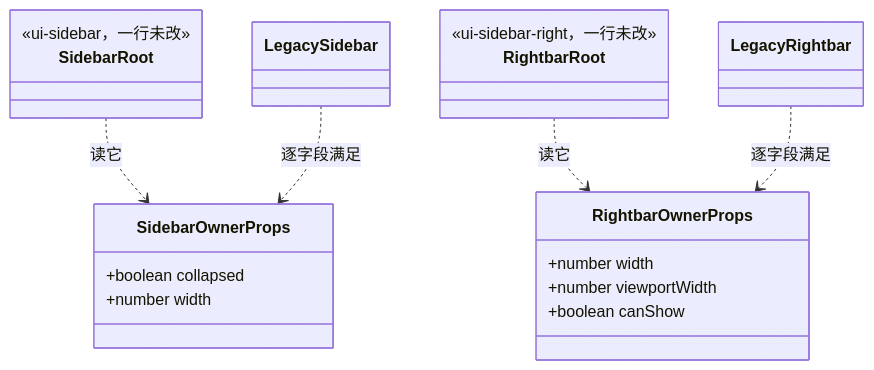
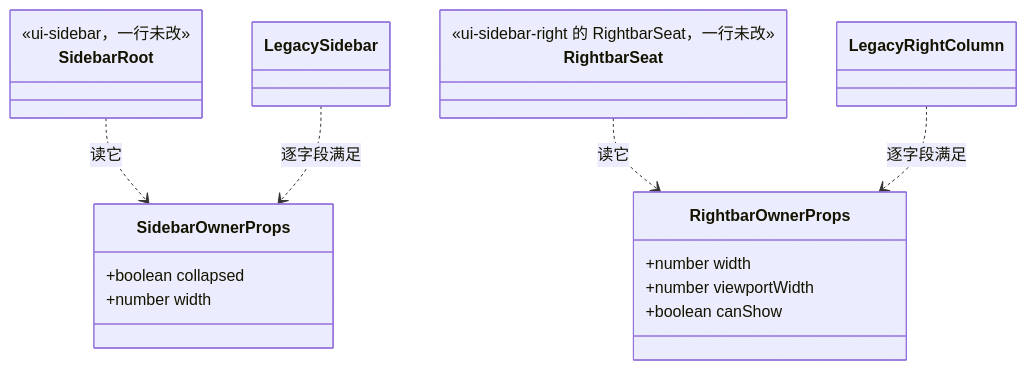
Before and after one commit to AllenSue/dsh-frame-ui-compat: the fourth of 4 diagrams in DESIGN.md, drawn with Mermaid. The commit also changed other lines of this file and 9 other files, not shown here.

````diff
--- a/DESIGN.md
+++ b/DESIGN.md
@@ -184,22 +238,22 @@
 ```mermaid
 classDiagram
     class SidebarOwnerProps {
         +boolean collapsed
         +number width
     }
     class RightbarOwnerProps {
         +number width
         +number viewportWidth
         +boolean canShow
     }
     class SidebarRoot {
         <<ui-sidebar，一行未改>>
     }
-    class RightbarRoot {
-        <<ui-sidebar-right，一行未改>>
+    class RightbarSeat {
+        <<ui-sidebar-right 的 RightbarSeat，一行未改>>
     }
     SidebarRoot ..> SidebarOwnerProps : 读它
-    RightbarRoot ..> RightbarOwnerProps : 读它
+    RightbarSeat ..> RightbarOwnerProps : 读它
     LegacySidebar ..> SidebarOwnerProps : 逐字段满足
-    LegacyRightbar ..> RightbarOwnerProps : 逐字段满足
+    LegacyRightColumn ..> RightbarOwnerProps : 逐字段满足
 ```
````
